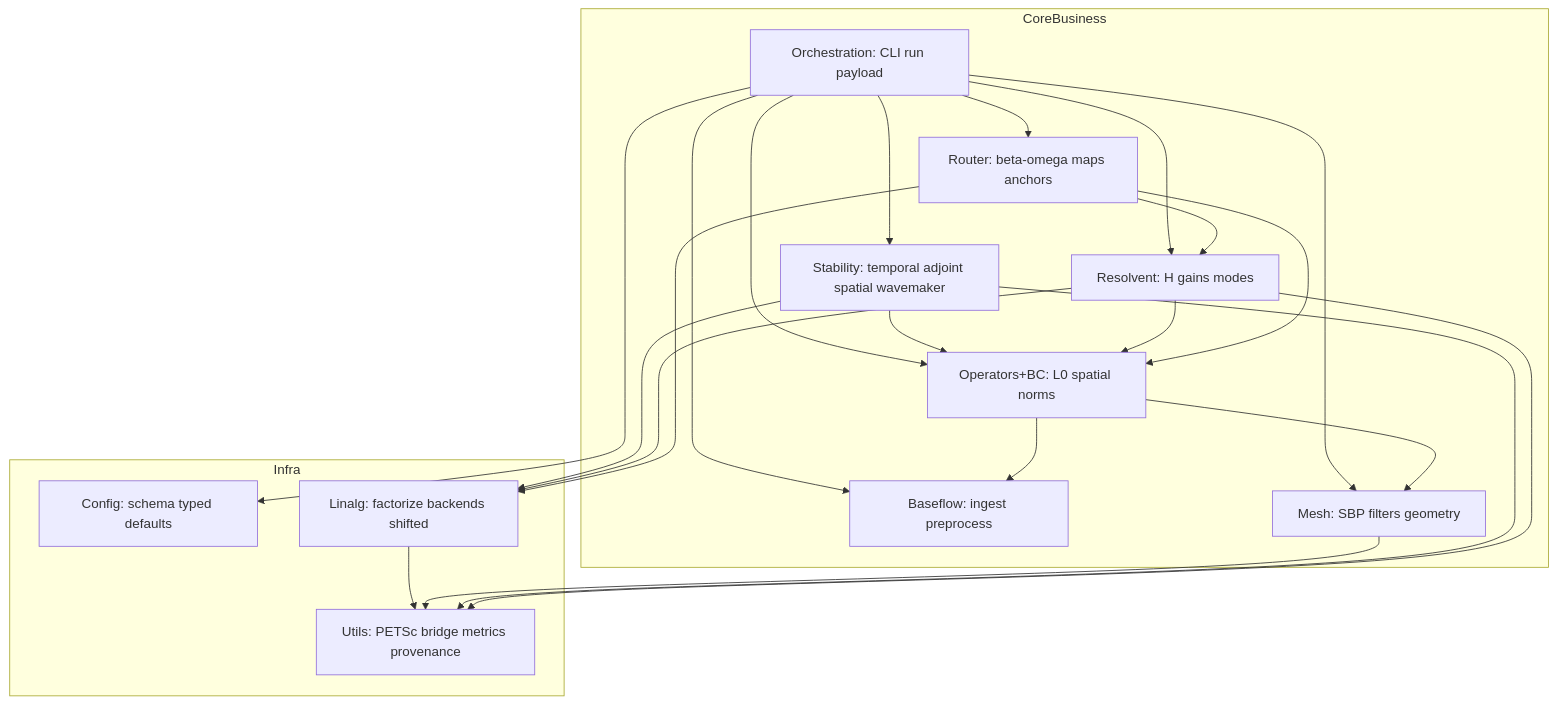
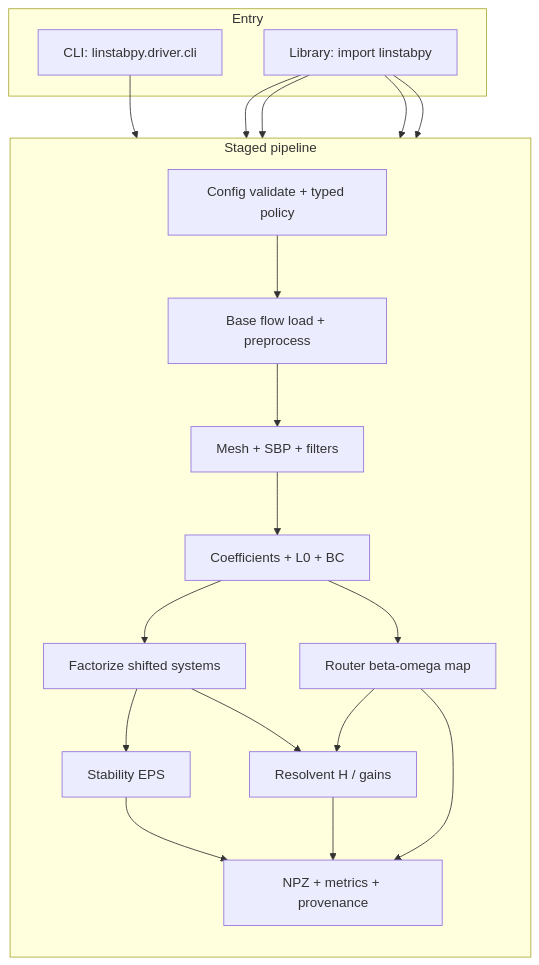
The second of 3 diagrams in wiki/architecture.md (openfluids/linstabpy), drawn with Mermaid before and after one commit. The commit also changed other lines of this file and 7 other files, not shown here.

First line of the commit message:
Docs: one Architecture page replaces overview, workflow and docs/architecture

````diff
--- a/wiki/architecture.md
+++ b/wiki/architecture.md
@@ -486,39 +162,34 @@
 ```mermaid
 flowchart TB
-  subgraph CoreBusiness
-    ORCH["Orchestration: CLI run payload"]
-    BF["Baseflow: ingest preprocess"]
-    MESH["Mesh: SBP filters geometry"]
-    OP["Operators+BC: L0 spatial norms"]
-    ST["Stability: temporal adjoint spatial wavemaker"]
-    RS["Resolvent: H gains modes"]
-    RT["Router: beta-omega maps anchors"]
+  subgraph Entry
+    A1["CLI: linstabpy.driver.cli"]
+    A2["Library: import linstabpy"]
   end
 
-  subgraph Infra
-    CFG["Config: schema typed defaults"]
-    LA["Linalg: factorize backends shifted"]
-    UT["Utils: PETSc bridge metrics provenance"]
+  subgraph Pipeline["Staged pipeline"]
+    direction TB
+    P1["Config validate + typed policy"]
+    P2["Base flow load + preprocess"]
+    P3["Mesh + SBP + filters"]
+    P4["Coefficients + L0 + BC"]
+    P5["Factorize shifted systems"]
+    P6a["Stability EPS"]
+    P6b["Resolvent H / gains"]
+    P6c["Router beta-omega map"]
+    P7["NPZ + metrics + provenance"]
+    P1 --> P2 --> P3 --> P4 --> P5
+    P5 --> P6a
+    P5 --> P6b
+    P4 --> P6c
+    P6c --> P6b
+    P6a --> P7
+    P6b --> P7
+    P6c --> P7
   end
 
-  ORCH --> CFG
-  ORCH --> BF
-  ORCH --> MESH
-  ORCH --> OP
-  ORCH --> ST
-  ORCH --> RS
-  ORCH --> RT
-  OP --> BF
-  OP --> MESH
-  ST --> OP
-  ST --> LA
-  RS --> OP
-  RS --> LA
-  RT --> OP
-  RT --> RS
-  RT --> LA
-  LA --> UT
-  MESH --> UT
-  ST --> UT
-  RS --> UT
+  A1 --> P1
+  A2 --> P4
+  A2 --> P6a
+  A2 --> P6b
+  A2 --> P6c
 ```
````
